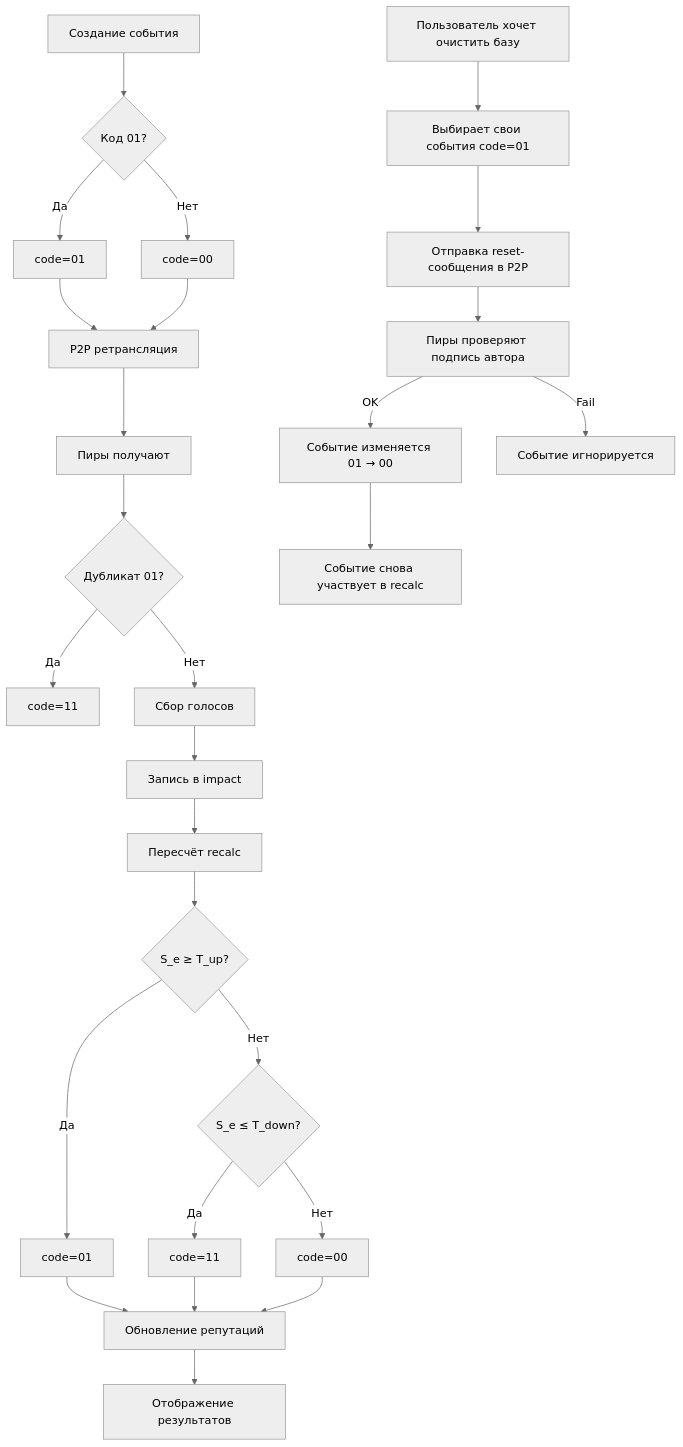
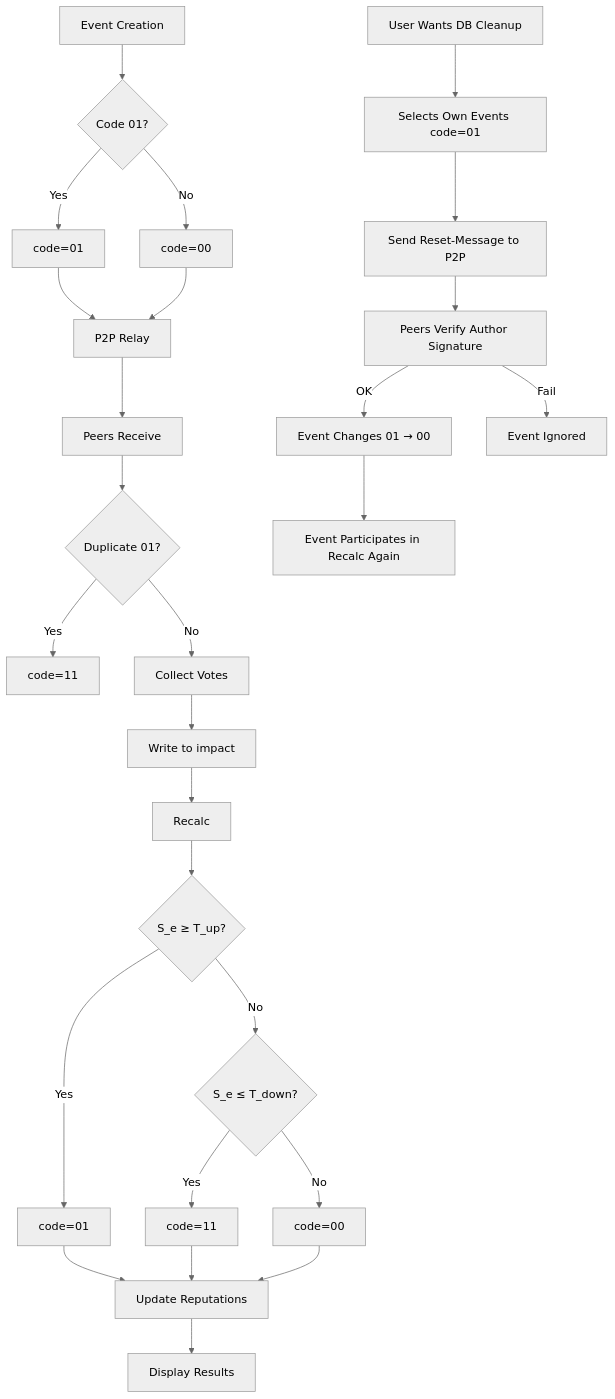
One commit to ekwator/truth-training changed the diagram in docs/event_rating_protocol.md. Above: the diagram before and after it, drawn with Mermaid (neutral theme). The commit also changed other lines of this file and 19 other files, not shown here.

````diff
--- a/docs/event_rating_protocol.md
+++ b/docs/event_rating_protocol.md
@@ -202,35 +204,35 @@
 ```mermaid
 flowchart TD
-    A[Создание события] --> B{Код 01?}
-    B -->|Да| C[code=01]
-    B -->|Нет| D[code=00]
+    A[Event Creation] --> B{Code 01?}
+    B -->|Yes| C[code=01]
+    B -->|No| D[code=00]
     
-    C --> E[P2P ретрансляция]
+    C --> E[P2P Relay]
     D --> E
     
-    E --> F[Пиры получают]
-    F --> G{Дубликат 01?}
-    G -->|Да| H[code=11]
-    G -->|Нет| I[Сбор голосов]
+    E --> F[Peers Receive]
+    F --> G{Duplicate 01?}
+    G -->|Yes| H[code=11]
+    G -->|No| I[Collect Votes]
     
-    I --> J[Запись в impact]
-    J --> K[Пересчёт recalc]
+    I --> J[Write to impact]
+    J --> K[Recalc]
     
     K --> L{S_e ≥ T_up?}
-    L -->|Да| M[code=01]
-    L -->|Нет| N{S_e ≤ T_down?}
-    N -->|Да| O[code=11]
-    N -->|Нет| P[code=00]
+    L -->|Yes| M[code=01]
+    L -->|No| N{S_e ≤ T_down?}
+    N -->|Yes| O[code=11]
+    N -->|No| P[code=00]
     
-    M --> Q[Обновление репутаций]
+    M --> Q[Update Reputations]
     O --> Q
     P --> Q
     
-    Q --> R[Отображение результатов]
- X[Пользователь хочет очистить базу] --> Y[Выбирает свои события code=01]
-    Y --> Z[Отправка reset-сообщения в P2P]
-    Z --> AA[Пиры проверяют подпись автора]
-    AA -->|OK| BB[Событие изменяется 01 → 00]
-    AA -->|Fail| CC[Событие игнорируется]
-    BB --> DD[Событие снова участвует в recalc]
+    Q --> R[Display Results]
+    X[User Wants DB Cleanup] --> Y[Selects Own Events code=01]
+    Y --> Z[Send Reset-Message to P2P]
+    Z --> AA[Peers Verify Author Signature]
+    AA -->|OK| BB[Event Changes 01 → 00]
+    AA -->|Fail| CC[Event Ignored]
+    BB --> DD[Event Participates in Recalc Again]
 ```
````
